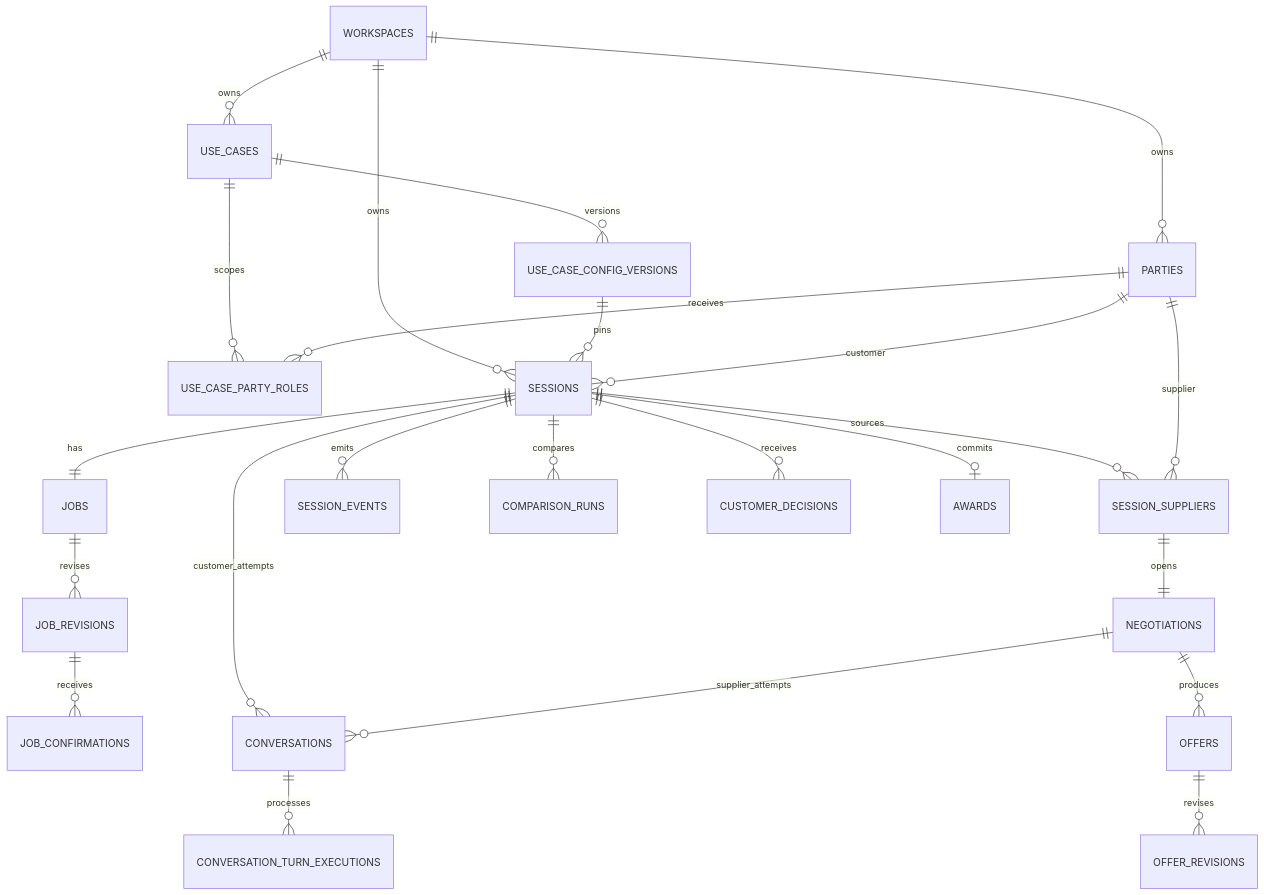
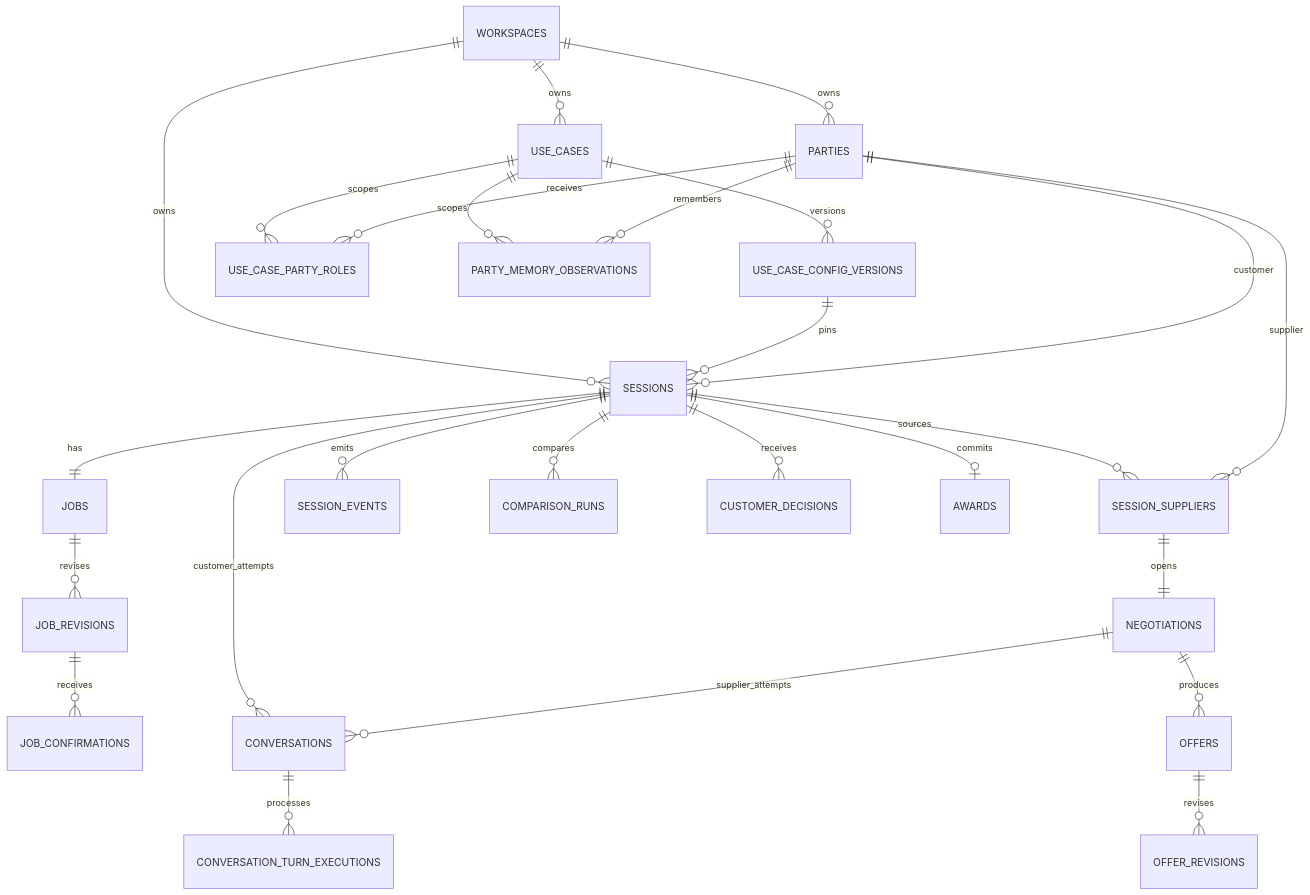
Before and after one commit to ralfboltshauser/hack-nation-2026_pacta: the diagram in docs/architecture/database-schema.md, drawn with Mermaid. The commit also changed other lines of this file and 21 other files, not shown here.

Commit message:
Add evidence-backed party memory flow

````diff
--- a/docs/architecture/database-schema.md
+++ b/docs/architecture/database-schema.md
@@ -185,26 +185,28 @@
 ```mermaid
 erDiagram
     WORKSPACES ||--o{ USE_CASES : owns
     USE_CASES ||--o{ USE_CASE_CONFIG_VERSIONS : versions
     WORKSPACES ||--o{ PARTIES : owns
     USE_CASES ||--o{ USE_CASE_PARTY_ROLES : scopes
     PARTIES ||--o{ USE_CASE_PARTY_ROLES : receives
+    USE_CASES ||--o{ PARTY_MEMORY_OBSERVATIONS : scopes
+    PARTIES ||--o{ PARTY_MEMORY_OBSERVATIONS : remembers
     WORKSPACES ||--o{ SESSIONS : owns
     USE_CASE_CONFIG_VERSIONS ||--o{ SESSIONS : pins
     PARTIES ||--o{ SESSIONS : customer
     SESSIONS ||--|| JOBS : has
     JOBS ||--o{ JOB_REVISIONS : revises
     JOB_REVISIONS ||--o{ JOB_CONFIRMATIONS : receives
     SESSIONS ||--o{ SESSION_SUPPLIERS : sources
     PARTIES ||--o{ SESSION_SUPPLIERS : supplier
     SESSION_SUPPLIERS ||--|| NEGOTIATIONS : opens
     SESSIONS ||--o{ CONVERSATIONS : customer_attempts
     NEGOTIATIONS ||--o{ CONVERSATIONS : supplier_attempts
     CONVERSATIONS ||--o{ CONVERSATION_TURN_EXECUTIONS : processes
     NEGOTIATIONS ||--o{ OFFERS : produces
     OFFERS ||--o{ OFFER_REVISIONS : revises
     SESSIONS ||--o{ SESSION_EVENTS : emits
     SESSIONS ||--o{ COMPARISON_RUNS : compares
     SESSIONS ||--o{ CUSTOMER_DECISIONS : receives
     SESSIONS ||--o| AWARDS : commits
 ```
````
